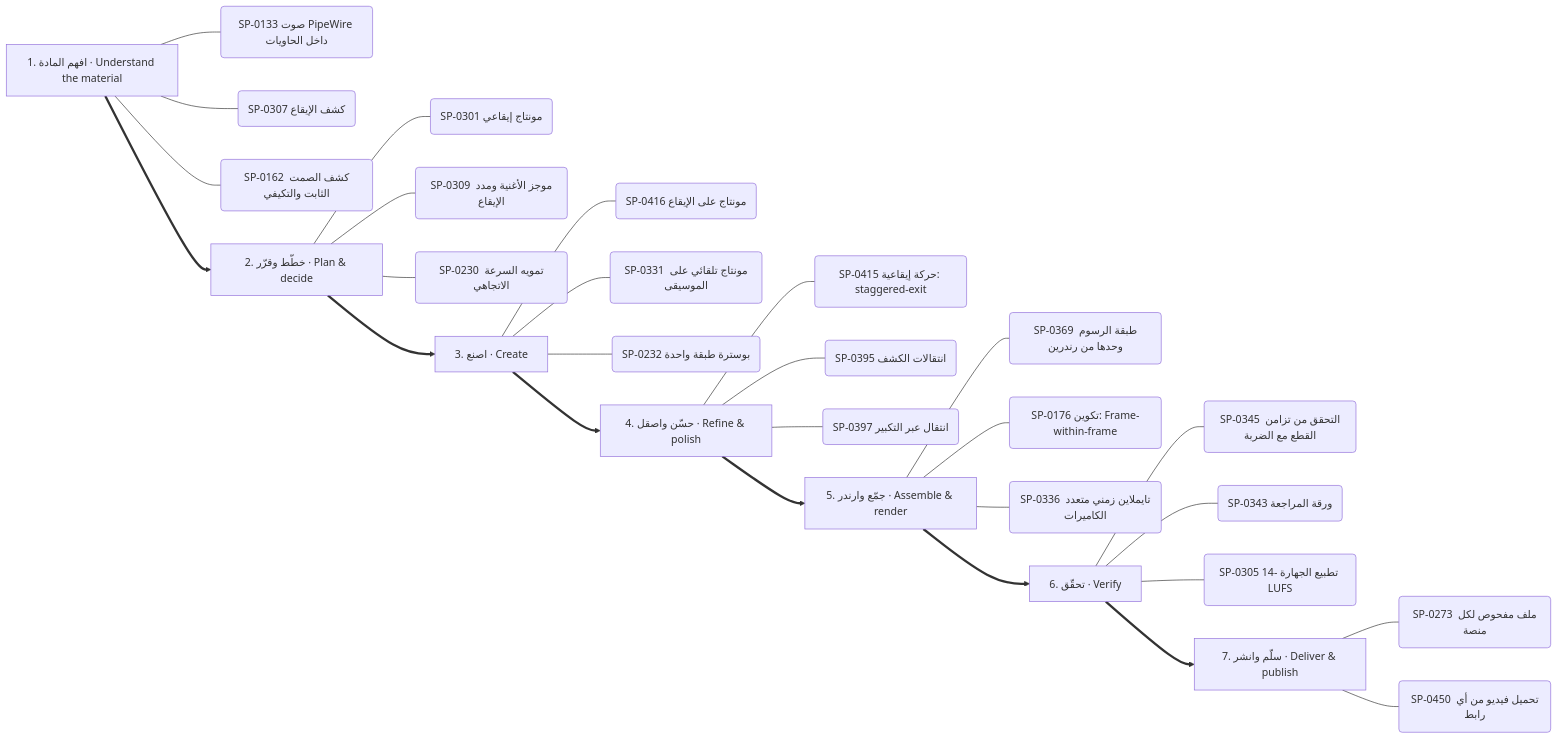
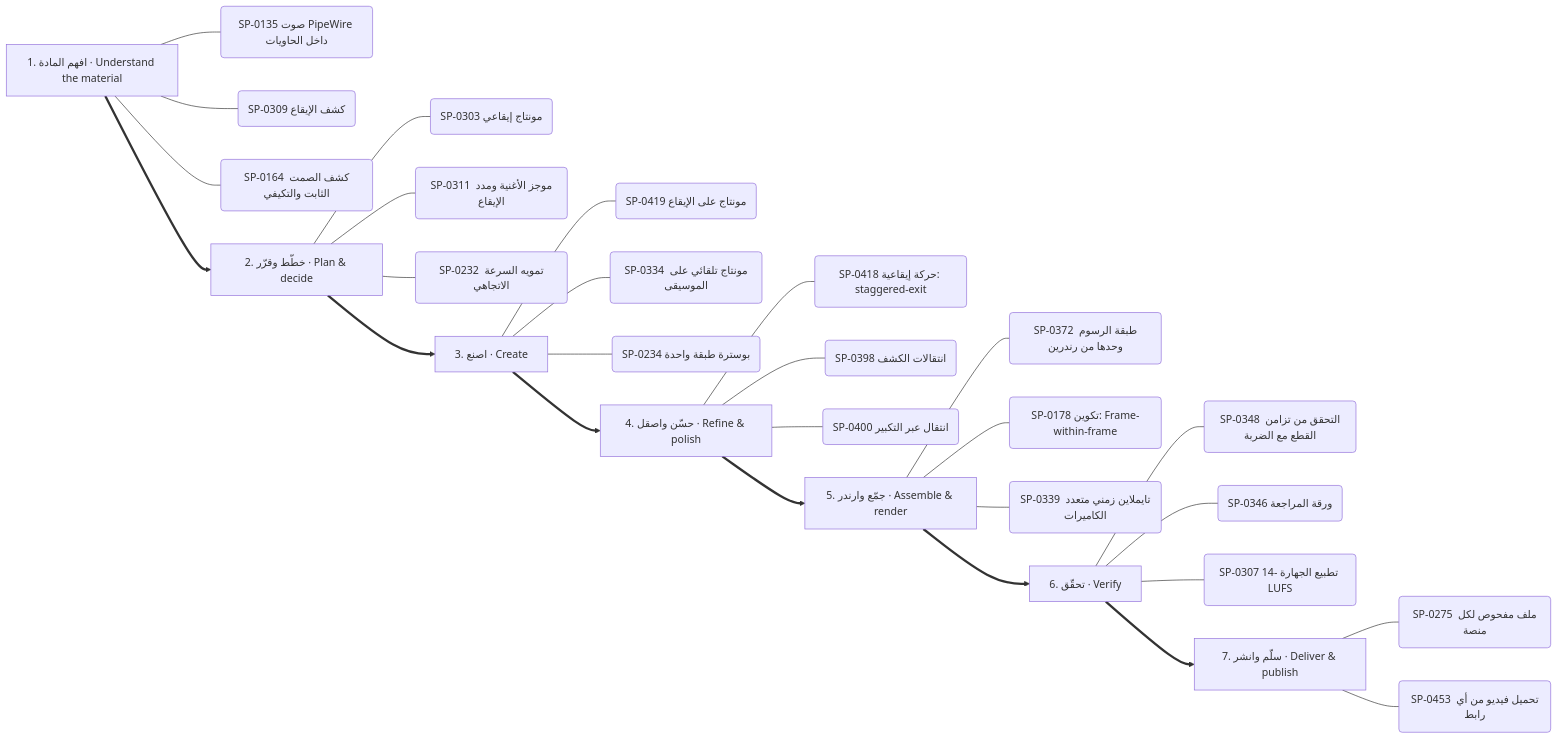
Before and after one commit to kosif199022-jpg/kosif-tool: the third of 13 diagrams in .claude/skills/kosif-superpowers/references/capability-mindmap.md, drawn with Mermaid. The commit also changed other lines of this file and 48 other files, not shown here.

````diff
--- a/.claude/skills/kosif-superpowers/references/capability-mindmap.md
+++ b/.claude/skills/kosif-superpowers/references/capability-mindmap.md
@@ -176,36 +176,36 @@
 ```mermaid
 flowchart LR
   S0["1. افهم المادة · Understand the material"]
-  S0 --- S0_0("SP-0133 صوت PipeWire داخل الحاويات")
-  S0 --- S0_1("SP-0307 كشف الإيقاع")
-  S0 --- S0_2("SP-0162 كشف الصمت الثابت والتكيفي")
+  S0 --- S0_0("SP-0135 صوت PipeWire داخل الحاويات")
+  S0 --- S0_1("SP-0309 كشف الإيقاع")
+  S0 --- S0_2("SP-0164 كشف الصمت الثابت والتكيفي")
   S1["2. خطّط وقرّر · Plan & decide"]
-  S1 --- S1_0("SP-0301 مونتاج إيقاعي")
-  S1 --- S1_1("SP-0309 موجز الأغنية ومدد الإيقاع")
-  S1 --- S1_2("SP-0230 تمويه السرعة الاتجاهي")
+  S1 --- S1_0("SP-0303 مونتاج إيقاعي")
+  S1 --- S1_1("SP-0311 موجز الأغنية ومدد الإيقاع")
+  S1 --- S1_2("SP-0232 تمويه السرعة الاتجاهي")
   S0 ==> S1
   S2["3. اصنع · Create"]
-  S2 --- S2_0("SP-0416 مونتاج على الإيقاع")
-  S2 --- S2_1("SP-0331 مونتاج تلقائي على الموسيقى")
-  S2 --- S2_2("SP-0232 بوسترة طبقة واحدة")
+  S2 --- S2_0("SP-0419 مونتاج على الإيقاع")
+  S2 --- S2_1("SP-0334 مونتاج تلقائي على الموسيقى")
+  S2 --- S2_2("SP-0234 بوسترة طبقة واحدة")
   S1 ==> S2
   S3["4. حسّن واصقل · Refine & polish"]
-  S3 --- S3_0("SP-0415 حركة إيقاعية: staggered-exit")
-  S3 --- S3_1("SP-0395 انتقالات الكشف")
-  S3 --- S3_2("SP-0397 انتقال عبر التكبير")
+  S3 --- S3_0("SP-0418 حركة إيقاعية: staggered-exit")
+  S3 --- S3_1("SP-0398 انتقالات الكشف")
+  S3 --- S3_2("SP-0400 انتقال عبر التكبير")
   S2 ==> S3
   S4["5. جمّع وارندر · Assemble & render"]
-  S4 --- S4_0("SP-0369 طبقة الرسوم وحدها من رندرين")
-  S4 --- S4_1("SP-0176 تكوين: Frame-within-frame")
-  S4 --- S4_2("SP-0336 تايملاين زمني متعدد الكاميرات")
+  S4 --- S4_0("SP-0372 طبقة الرسوم وحدها من رندرين")
+  S4 --- S4_1("SP-0178 تكوين: Frame-within-frame")
+  S4 --- S4_2("SP-0339 تايملاين زمني متعدد الكاميرات")
   S3 ==> S4
   S5["6. تحقّق · Verify"]
-  S5 --- S5_0("SP-0345 التحقق من تزامن القطع مع الضربة")
-  S5 --- S5_1("SP-0343 ورقة المراجعة")
-  S5 --- S5_2("SP-0305 تطبيع الجهارة -14 LUFS")
+  S5 --- S5_0("SP-0348 التحقق من تزامن القطع مع الضربة")
+  S5 --- S5_1("SP-0346 ورقة المراجعة")
+  S5 --- S5_2("SP-0307 تطبيع الجهارة -14 LUFS")
   S4 ==> S5
   S6["7. سلّم وانشر · Deliver & publish"]
-  S6 --- S6_0("SP-0273 ملف مفحوص لكل منصة")
-  S6 --- S6_1("SP-0450 تحميل فيديو من أي رابط")
+  S6 --- S6_0("SP-0275 ملف مفحوص لكل منصة")
+  S6 --- S6_1("SP-0453 تحميل فيديو من أي رابط")
   S5 ==> S6
 ```
````
